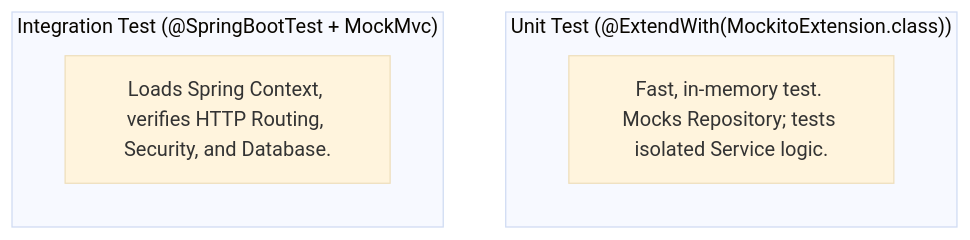
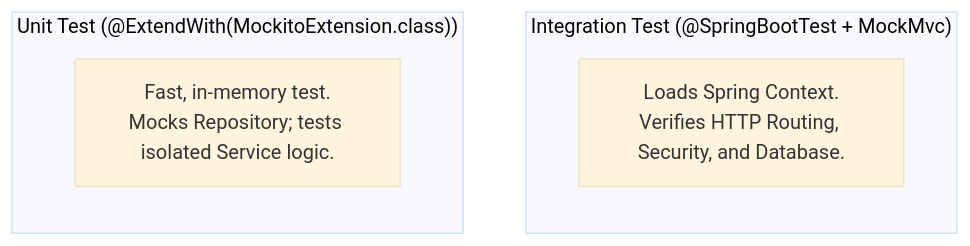
One commit to rohithgowda18/Notes changed diagram 25 of 26 in 06-Java-and-Spring-Boot/Spring Boot Interview Guide.md. Above: the diagram before and after it, drawn with Mermaid (base theme). The commit also changed other lines of this file and 15 other files, not shown here.

Commit message:
docs: audit Mermaid diagrams, optimize side-by-side layouts, and deduplicate DBMS advanced notes

````diff
--- a/06-Java-and-Spring-Boot/Spring Boot Interview Guide.md
+++ b/06-Java-and-Spring-Boot/Spring Boot Interview Guide.md
@@ -1860,10 +1873,14 @@
 ```mermaid
-flowchart TD
+flowchart LR
     subgraph UnitTest ["Unit Test (@ExtendWith(MockitoExtension.class))"]
-        UT["Fast, in-memory test. Mocks Repository; tests isolated Service logic."]
+        direction TB
+        UT["Fast, in-memory test.<br/>Mocks Repository; tests isolated Service logic."]
     end
 
+    UnitTest ~~~ IntegrationTest
+
     subgraph IntegrationTest ["Integration Test (@SpringBootTest + MockMvc)"]
-        IT["Loads Spring Context, verifies HTTP Routing, Security, and Database."]
+        direction TB
+        IT["Loads Spring Context.<br/>Verifies HTTP Routing, Security, and Database."]
     end
 ```
````
